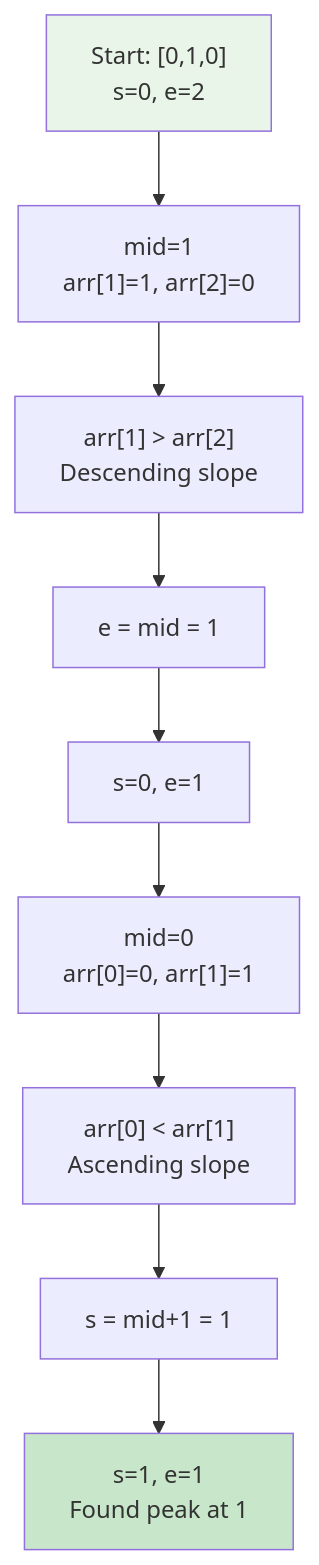
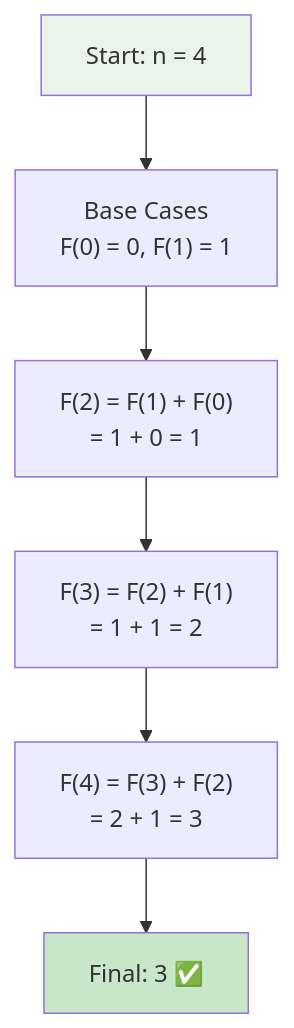
Before and after one commit to LuckyLongre123/README_RUNNER: the third of 10 diagrams in README.md, drawn with Mermaid. The commit also changed other lines of this file, not shown here.

````diff
--- a/README.md
+++ b/README.md
@@ -94,14 +97,11 @@
 ```mermaid
 flowchart TD
-    A["Start: [0,1,0]<br/>s=0, e=2"] --> B["mid=1<br/>arr[1]=1, arr[2]=0"]
-    B --> C["arr[1] > arr[2]<br/>Descending slope"]
-    C --> D["e = mid = 1"]
-    D --> E["s=0, e=1"]
-    E --> F["mid=0<br/>arr[0]=0, arr[1]=1"]
-    F --> G["arr[0] < arr[1]<br/>Ascending slope"]
-    G --> H["s = mid+1 = 1"]
-    H --> I["s=1, e=1<br/>Found peak at 1"]
+    A["Start: n = 4"] --> B["Base Cases<br/>F(0) = 0, F(1) = 1"]
+    B --> C["F(2) = F(1) + F(0)<br/>= 1 + 0 = 1"]
+    C --> D["F(3) = F(2) + F(1)<br/>= 1 + 1 = 2"]
+    D --> E["F(4) = F(3) + F(2)<br/>= 2 + 1 = 3"]
+    E --> F["Final: 3 ✅"]
     
     style A fill:#e8f5e8
-    style I fill:#c8e6c9
+    style F fill:#c8e6c9
 ```
````
